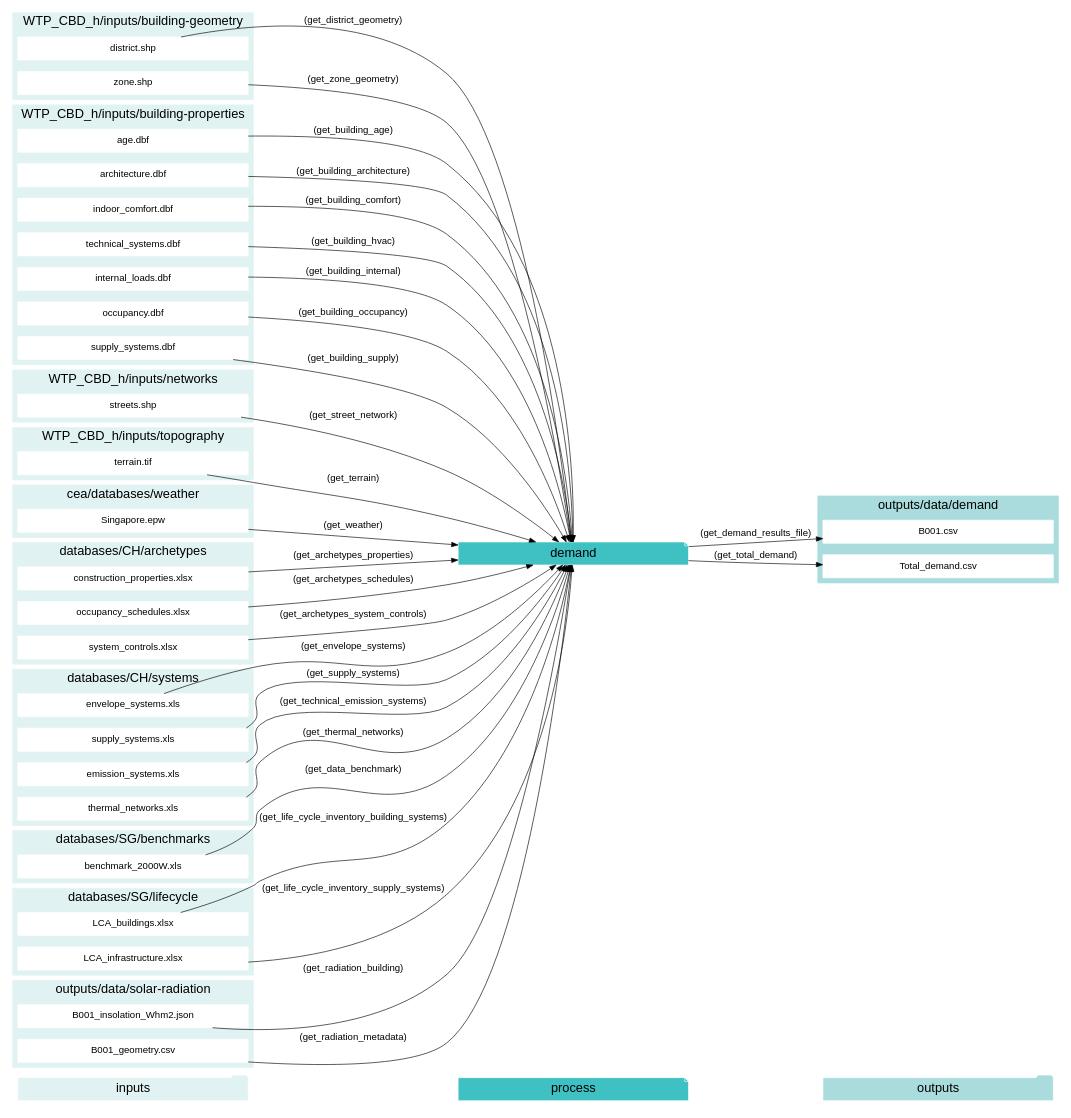
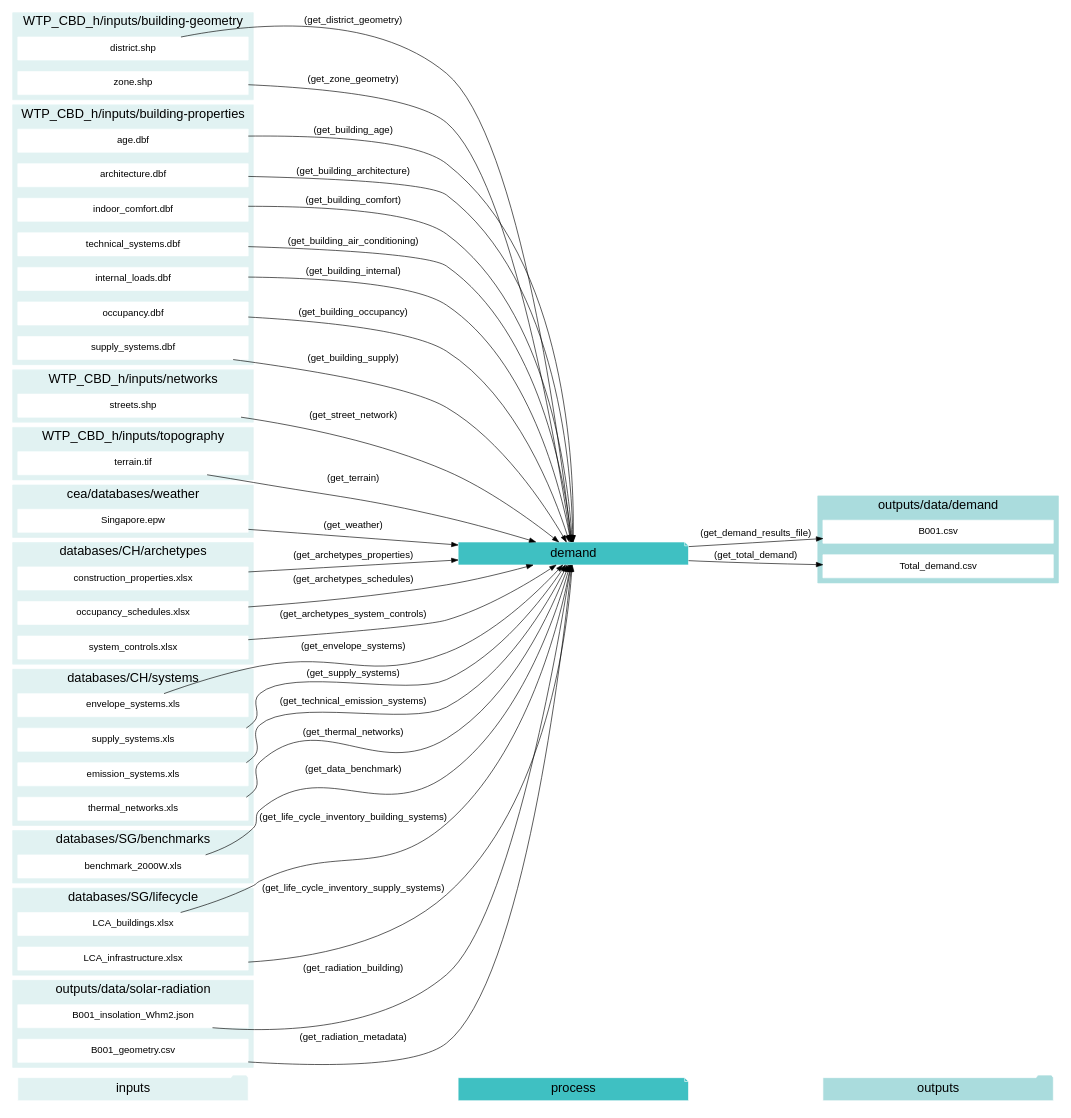
Before and after one commit to architecture-building-systems/CityEnergyAnalyst: the diagram in docs/graphviz/demand.gv, drawn with Graphviz. The commit also changed 9 other files, not shown here.

```diff
--- a/docs/graphviz/demand.gv
+++ b/docs/graphviz/demand.gv
@@ -1,146 +1,146 @@
 digraph trace_inputlocator {
     rankdir="LR";
     graph [overlap=false, fontname=arial];
     node [shape=box, style=filled, color=white, fontsize=15, fontname=arial, fixedsize=true, width=5];
     edge [fontname=arial, fontsize = 15]
     newrank=true
     subgraph cluster_legend {
     fontsize=25
     style=invis
     "process"[style=filled, fillcolor="#3FC0C2", shape=note, fontsize=20, fontname="arial"]
     "inputs" [style=filled, shape=folder, color=white, fillcolor="#E1F2F2", fontsize=20]
     "outputs"[style=filled, shape=folder, color=white, fillcolor="#aadcdd", fontsize=20]
     "inputs"->"process"[style=invis]
     "process"->"outputs"[style=invis]
     }
     "demand"[style=filled, color=white, fillcolor="#3FC0C2", shape=note, fontsize=20, fontname=arial];
     subgraph cluster_0_in {
         style = filled;
         color = "#E1F2F2";
         fontsize = 20;
         rank=same;
         label="WTP_CBD_h/inputs/building-geometry";
         "district.shp"
         "zone.shp"
     }
     subgraph cluster_1_in {
         style = filled;
         color = "#E1F2F2";
         fontsize = 20;
         rank=same;
         label="WTP_CBD_h/inputs/building-properties";
         "age.dbf"
         "architecture.dbf"
         "indoor_comfort.dbf"
         "technical_systems.dbf"
         "internal_loads.dbf"
         "occupancy.dbf"
         "supply_systems.dbf"
     }
     subgraph cluster_2_in {
         style = filled;
         color = "#E1F2F2";
         fontsize = 20;
         rank=same;
         label="WTP_CBD_h/inputs/networks";
         "streets.shp"
     }
     subgraph cluster_3_in {
         style = filled;
         color = "#E1F2F2";
         fontsize = 20;
         rank=same;
         label="WTP_CBD_h/inputs/topography";
         "terrain.tif"
     }
     subgraph cluster_4_in {
         style = filled;
         color = "#E1F2F2";
         fontsize = 20;
         rank=same;
         label="cea/databases/weather";
         "Singapore.epw"
     }
     subgraph cluster_5_in {
         style = filled;
         color = "#E1F2F2";
         fontsize = 20;
         rank=same;
         label="databases/CH/archetypes";
         "construction_properties.xlsx"
         "occupancy_schedules.xlsx"
         "system_controls.xlsx"
     }
     subgraph cluster_6_in {
         style = filled;
         color = "#E1F2F2";
         fontsize = 20;
         rank=same;
         label="databases/CH/systems";
         "envelope_systems.xls"
         "supply_systems.xls"
         "emission_systems.xls"
         "thermal_networks.xls"
     }
     subgraph cluster_7_in {
         style = filled;
         color = "#E1F2F2";
         fontsize = 20;
         rank=same;
         label="databases/SG/benchmarks";
         "benchmark_2000W.xls"
     }
     subgraph cluster_8_in {
         style = filled;
         color = "#E1F2F2";
         fontsize = 20;
         rank=same;
         label="databases/SG/lifecycle";
         "LCA_buildings.xlsx"
         "LCA_infrastructure.xlsx"
     }
     subgraph cluster_9_out {
         style = filled;
         color = "#aadcdd";
         fontsize = 20;
         rank=same;
         label="outputs/data/demand";
         "B001.csv"
         "Total_demand.csv"
     }
     subgraph cluster_10_in {
         style = filled;
         color = "#E1F2F2";
         fontsize = 20;
         rank=same;
         label="outputs/data/solar-radiation";
         "B001_insolation_Whm2.json"
         "B001_geometry.csv"
     }
     "construction_properties.xlsx" -> "demand"[label="(get_archetypes_properties)"]
     "occupancy_schedules.xlsx" -> "demand"[label="(get_archetypes_schedules)"]
     "system_controls.xlsx" -> "demand"[label="(get_archetypes_system_controls)"]
     "age.dbf" -> "demand"[label="(get_building_age)"]
     "architecture.dbf" -> "demand"[label="(get_building_architecture)"]
     "indoor_comfort.dbf" -> "demand"[label="(get_building_comfort)"]
-    "technical_systems.dbf" -> "demand"[label="(get_building_hvac)"]
+    "technical_systems.dbf" -> "demand"[label="(get_building_air_conditioning)"]
     "internal_loads.dbf" -> "demand"[label="(get_building_internal)"]
     "occupancy.dbf" -> "demand"[label="(get_building_occupancy)"]
     "supply_systems.dbf" -> "demand"[label="(get_building_supply)"]
     "benchmark_2000W.xls" -> "demand"[label="(get_data_benchmark)"]
     "district.shp" -> "demand"[label="(get_district_geometry)"]
     "envelope_systems.xls" -> "demand"[label="(get_envelope_systems)"]
     "LCA_buildings.xlsx" -> "demand"[label="(get_life_cycle_inventory_building_systems)"]
     "LCA_infrastructure.xlsx" -> "demand"[label="(get_life_cycle_inventory_supply_systems)"]
     "B001_insolation_Whm2.json" -> "demand"[label="(get_radiation_building)"]
     "B001_geometry.csv" -> "demand"[label="(get_radiation_metadata)"]
     "streets.shp" -> "demand"[label="(get_street_network)"]
     "supply_systems.xls" -> "demand"[label="(get_supply_systems)"]
     "emission_systems.xls" -> "demand"[label="(get_technical_emission_systems)"]
     "terrain.tif" -> "demand"[label="(get_terrain)"]
     "thermal_networks.xls" -> "demand"[label="(get_thermal_networks)"]
     "Singapore.epw" -> "demand"[label="(get_weather)"]
     "zone.shp" -> "demand"[label="(get_zone_geometry)"]
     "demand" -> "B001.csv"[label="(get_demand_results_file)"]
     "demand" -> "Total_demand.csv"[label="(get_total_demand)"]
     }
```
